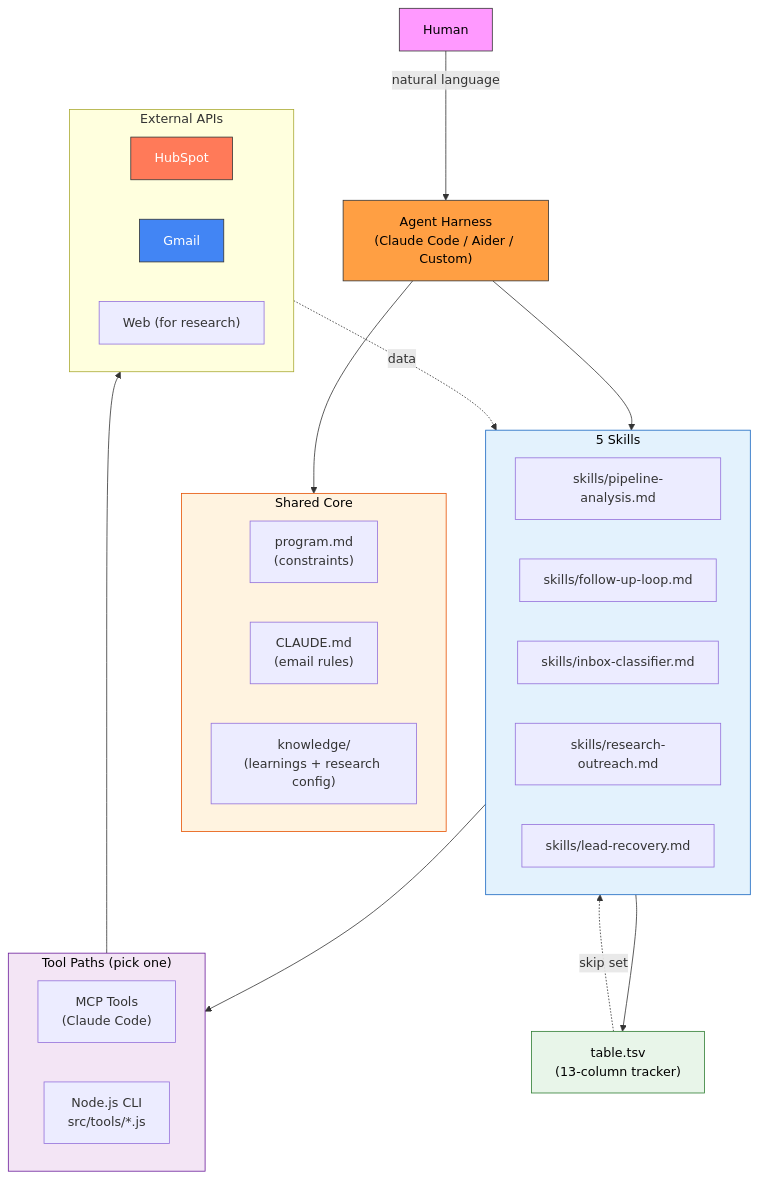
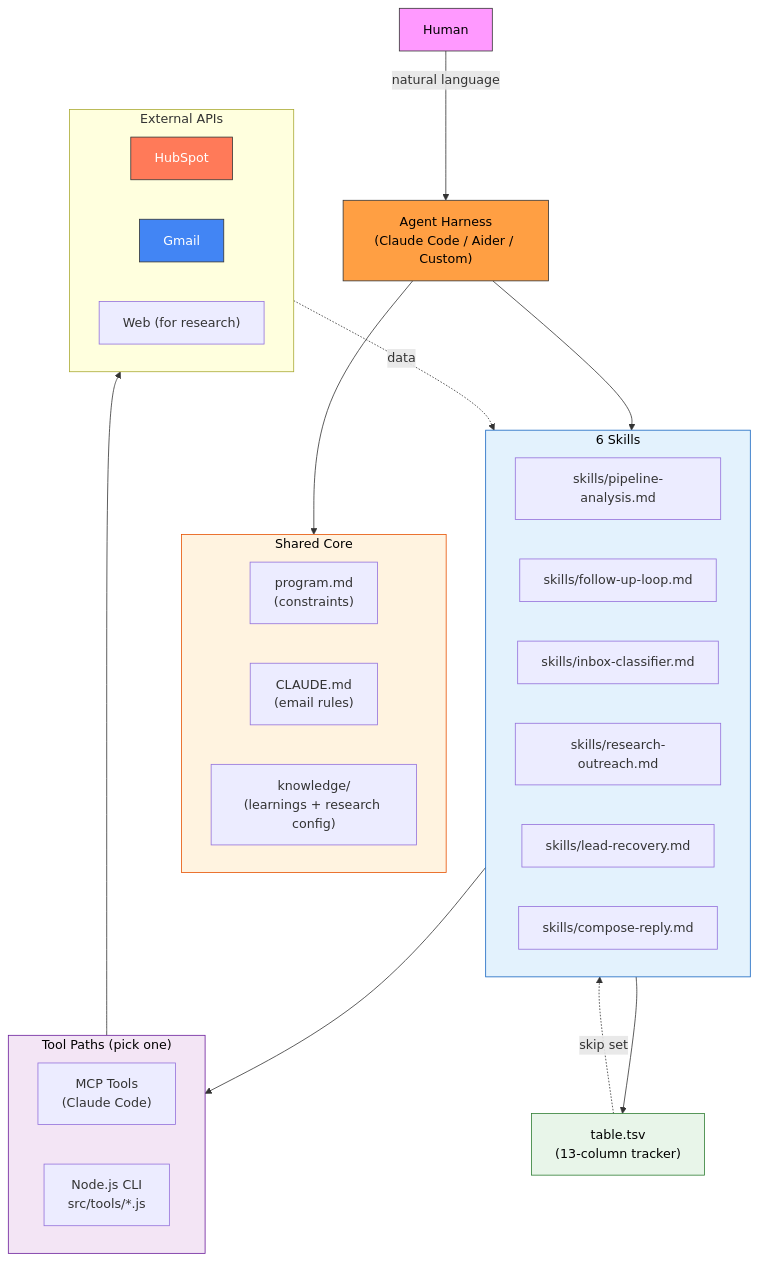
One commit to Connormcc3/hubspot-sales-agent changed the diagram in README.md. Above: the diagram before and after it, drawn with Mermaid. The commit also changed other lines of this file and 7 other files, not shown here.

First line of the commit message:
v2.2: Add compose-reply skill

````diff
--- a/README.md
+++ b/README.md
@@ -43,50 +44,51 @@
 ```mermaid
 flowchart TB
     Human["Human"]
     Harness["Agent Harness\n(Claude Code / Aider / Custom)"]
 
     subgraph Shared["Shared Core"]
         Program["program.md\n(constraints)"]
         CLAUDE["CLAUDE.md\n(email rules)"]
         Knowledge["knowledge/\n(learnings + research config)"]
     end
 
-    subgraph Skills["5 Skills"]
+    subgraph Skills["6 Skills"]
         Skill0["skills/pipeline-analysis.md"]
         Skill1["skills/follow-up-loop.md"]
         Skill2["skills/inbox-classifier.md"]
         Skill3["skills/research-outreach.md"]
         Skill4["skills/lead-recovery.md"]
+        Skill5["skills/compose-reply.md"]
     end
 
     subgraph Tools["Tool Paths (pick one)"]
         MCP["MCP Tools\n(Claude Code)"]
         CLI["Node.js CLI\nsrc/tools/*.js"]
     end
 
     subgraph APIs["External APIs"]
         HubSpot["HubSpot"]
         Gmail["Gmail"]
         Web["Web (for research)"]
     end
 
     Tracker["table.tsv\n(13-column tracker)"]
 
     Human -->|natural language| Harness
     Harness --> Shared
     Harness --> Skills
     Skills --> Tools
     Tools --> APIs
     Skills --> Tracker
     APIs -.->|data| Skills
     Tracker -.->|skip set| Skills
 
     style Human fill:#f9f,stroke:#333,color:#000
     style Harness fill:#ff9f43,stroke:#333,color:#000
     style HubSpot fill:#ff7a59,stroke:#333,color:#fff
     style Gmail fill:#4285f4,stroke:#333,color:#fff
     style Tracker fill:#e8f5e9,stroke:#2e7d32,color:#000
     style Shared fill:#fff3e0,stroke:#e65100,color:#000
     style Skills fill:#e3f2fd,stroke:#1565c0,color:#000
     style Tools fill:#f3e5f5,stroke:#6a1b9a,color:#000
 ```
````
